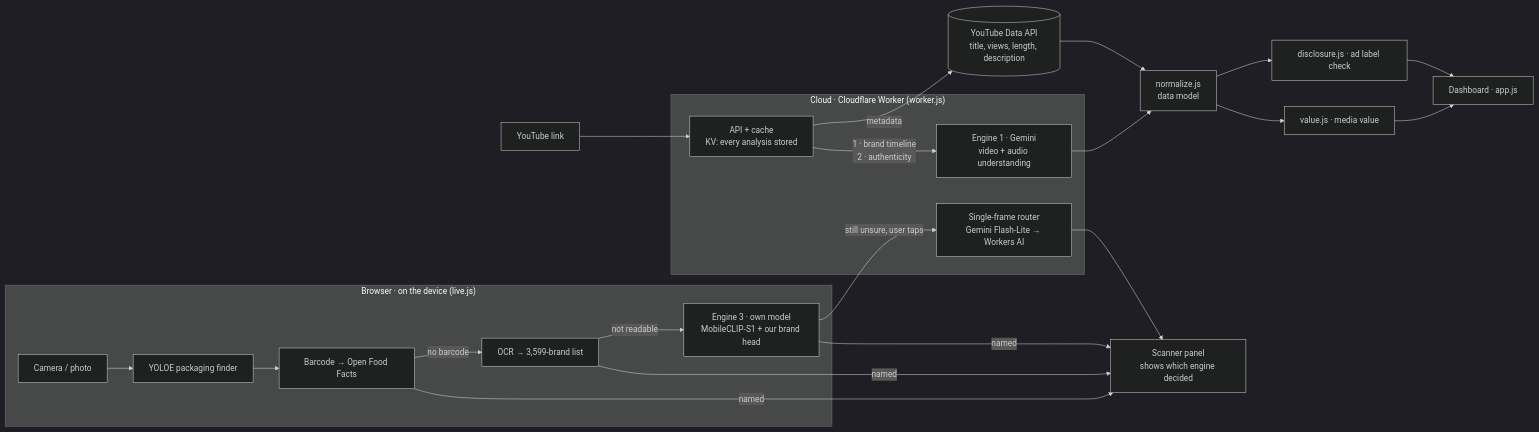
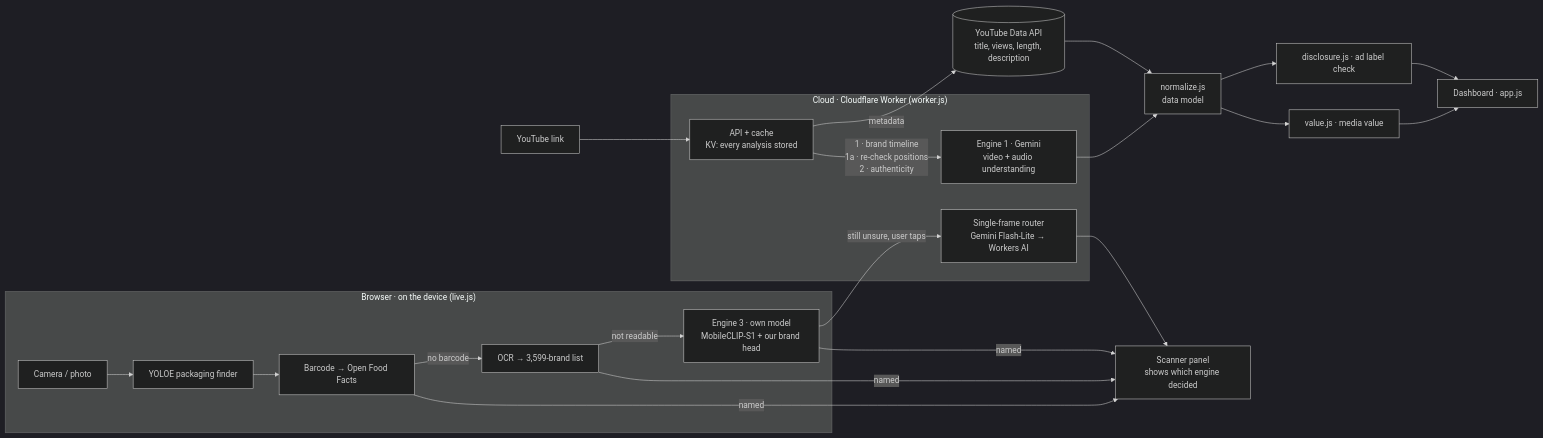
The diagram in README.md (moritzb1/placementradar), drawn with Mermaid (dark theme) before and after one commit. The commit also changed other lines of this file and 8 other files, not shown here.

````diff
--- a/README.md
+++ b/README.md
@@ -104,26 +104,26 @@
 ```mermaid
 flowchart LR
   subgraph Cloud["Cloud · Cloudflare Worker (worker.js)"]
     W[API + cache<br/>KV: every analysis stored]
     G[Engine 1 · Gemini<br/>video + audio understanding]
     R[Single-frame router<br/>Gemini Flash-Lite → Workers AI]
   end
   U[YouTube link] --> W
   W -->|metadata| YT[(YouTube Data API<br/>title, views, length, description)]
-  W -->|1 · brand timeline<br/>2 · authenticity| G
+  W -->|1 · brand timeline<br/>1a · re-check positions<br/>2 · authenticity| G
   G --> N[normalize.js<br/>data model]
   YT --> N
   N --> V[value.js · media value]
   N --> D[disclosure.js · ad label check]
   V --> UI[Dashboard · app.js]
   D --> UI
   subgraph Device["Browser · on the device (live.js)"]
     C[Camera / photo] --> Y[YOLOE packaging finder]
     Y --> B[Barcode → Open Food Facts]
     B -->|no barcode| O[OCR → 3,599-brand list]
     O -->|not readable| M[Engine 3 · own model<br/>MobileCLIP-S1 + our brand head]
   end
   M -->|still unsure, user taps| R
   B & O & M -->|named| UI2[Scanner panel<br/>shows which engine decided]
   R --> UI2
 ```
````
